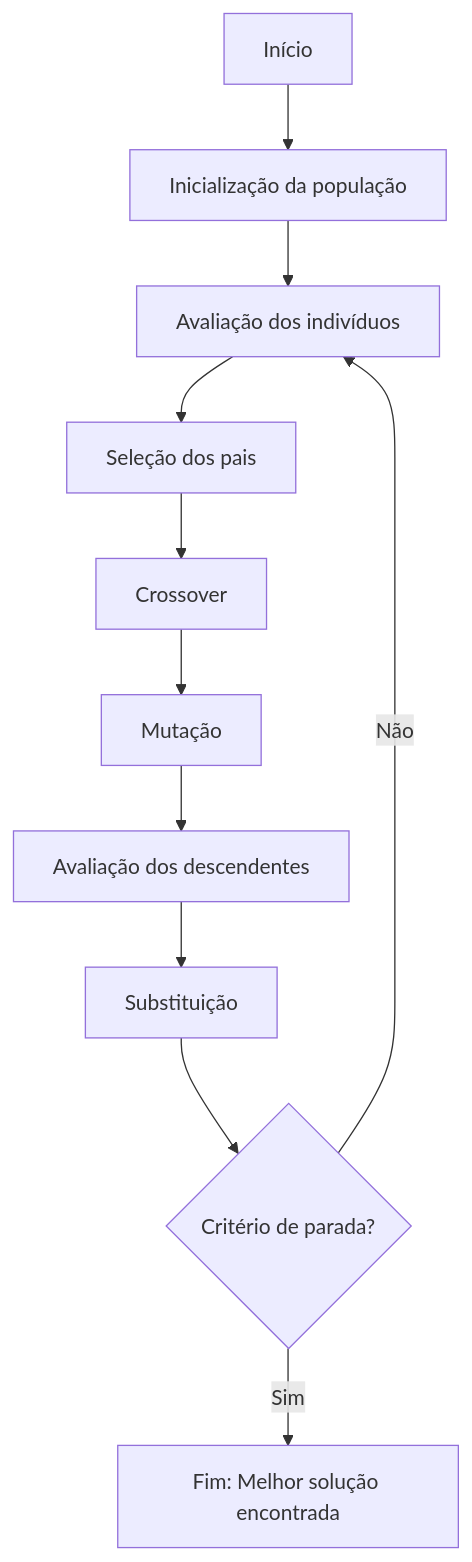
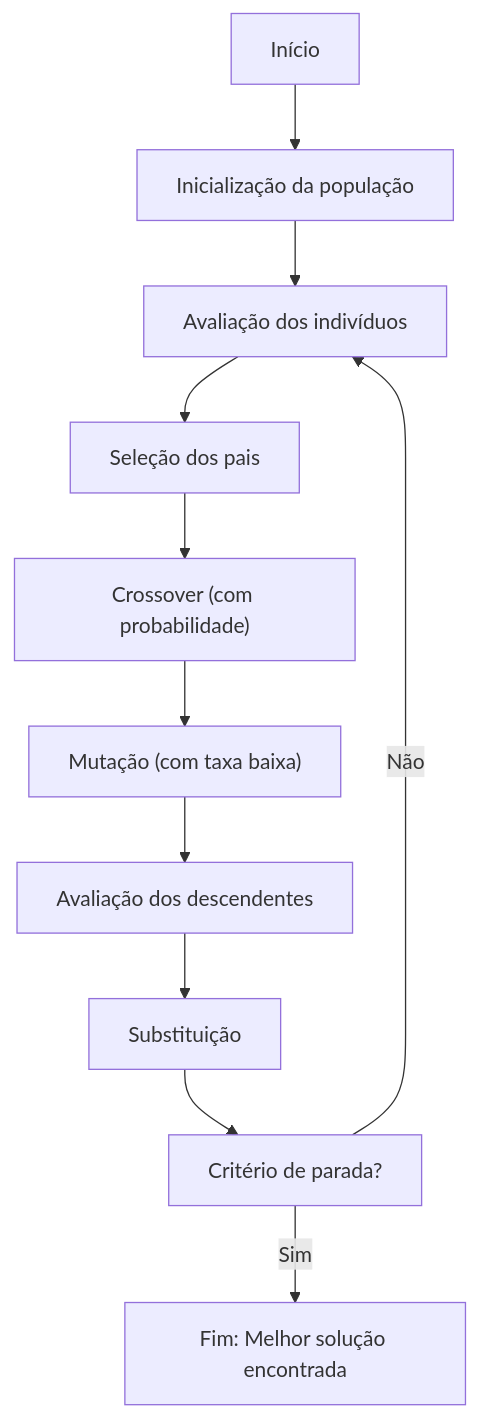
Before and after one commit to diegolusa/diegolusa.github.io: the first of 2 diagrams in disciplinas/upf/ccc-296/ag/ag.md, drawn with Mermaid. The commit also changed other lines of this file and 91 other files, not shown here.

````diff
--- a/disciplinas/upf/ccc-296/ag/ag.md
+++ b/disciplinas/upf/ccc-296/ag/ag.md
@@ -35,13 +46,13 @@
 ```mermaid
 graph TD
-    A[Início] --> B[Inicialização da população]
-    B --> C[Avaliação dos indivíduos]
-    C --> D[Seleção dos pais]
-    D --> E[Crossover]
-    E --> F[Mutação]
-    F --> G[Avaliação dos descendentes]
-    G --> H[Substituição]
-    H --> I{Critério de parada?}
+    A[Início] --> B["Inicialização da população"]
+    B --> C["Avaliação dos indivíduos"]
+    C --> D["Seleção dos pais"]
+    D --> E["Crossover (com probabilidade)"]
+    E --> F["Mutação (com taxa baixa)"]
+    F --> G["Avaliação dos descendentes"]
+    G --> H["Substituição"]
+    H --> I["Critério de parada?"]
     I -- Não --> C
     I -- Sim --> J[Fim: Melhor solução encontrada]
 ```
````
